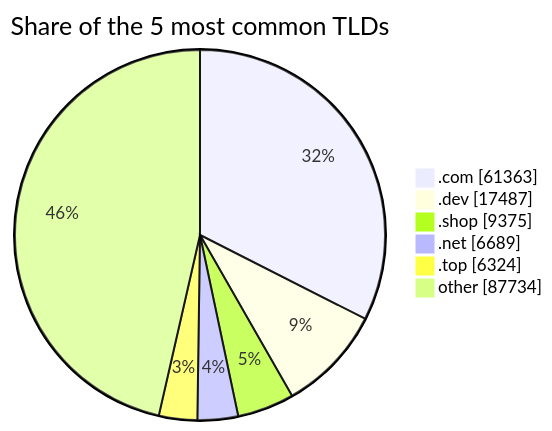
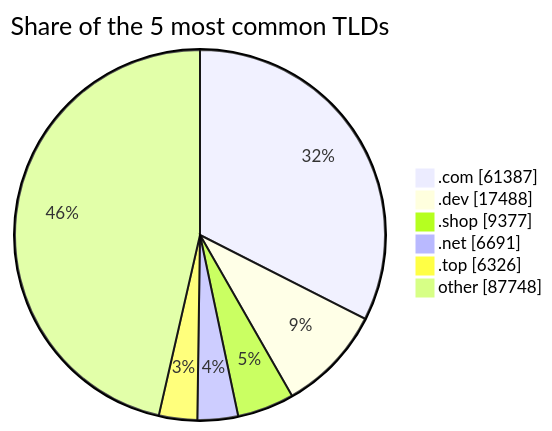
Before and after one commit to DNSBunker/CTI: the third of 3 diagrams in README.md, drawn with Mermaid. The commit also changed other lines of this file and 3 other files, not shown here.

````diff
--- a/README.md
+++ b/README.md
@@ -81,9 +81,9 @@
 ```mermaid
 pie showData title Share of the 5 most common TLDs
-    ".com" : 61363
-    ".dev" : 17487
-    ".shop" : 9375
-    ".net" : 6689
-    ".top" : 6324
-    "other" : 87734
+    ".com" : 61387
+    ".dev" : 17488
+    ".shop" : 9377
+    ".net" : 6691
+    ".top" : 6326
+    "other" : 87748
 ```
````
